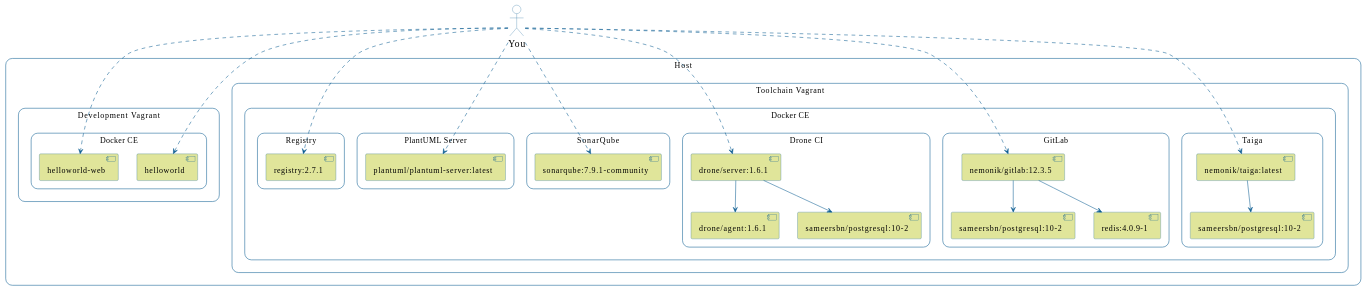
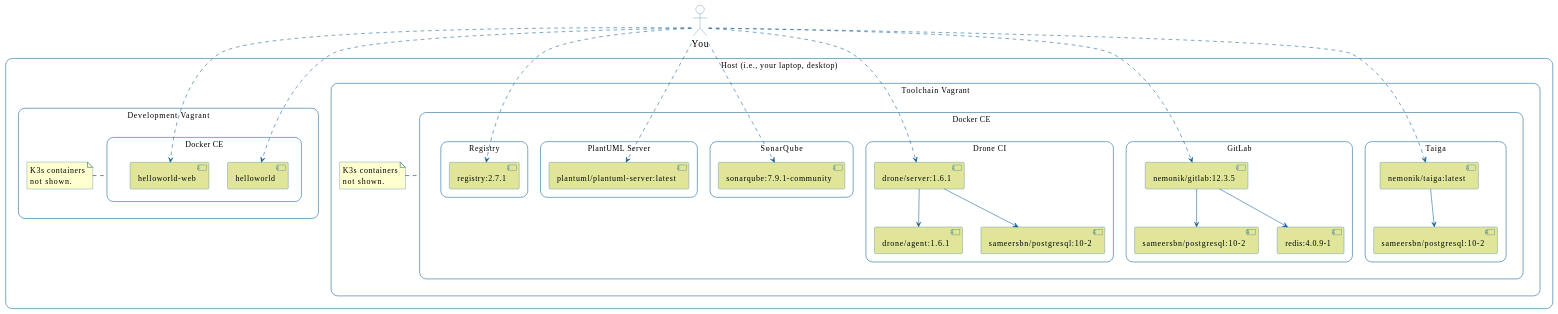
The first of 32 diagrams in readme.md (nemonik/hands-on-DevOps), drawn with PlantUML before and after one commit. The commit also changed other lines of this file, not shown here.

Commit message:
updated deployment diagram

```diff
--- a/readme.md
+++ b/readme.md
@@ -620,7 +446,7 @@
 
 actor "You" as you
 
-rectangle "Host" {
+rectangle "Host (i.e., your laptop, desktop)" {
     
 	rectangle "Toolchain Vagrant" {
 
@@ -655,13 +481,23 @@
 				component "registry:2.7.1" as registry
 			}
 		}
+
+		note left of docker1
+			K3s containers
+			not shown.
+		end note
 	}
 
 	rectangle "Development Vagrant" {
-    		rectangle "Docker CE" as docker2 {
-			component "helloworld" as helloworld
-			component "helloworld-web" as helloworld_web
-    		}
+		rectangle "Docker CE" as docker2 {
+			  component "helloworld" as helloworld
+			  component "helloworld-web" as helloworld_web
+		}
+
+    note left of docker2
+      K3s containers
+      not shown.
+    end note
 	}
 }
 
```
